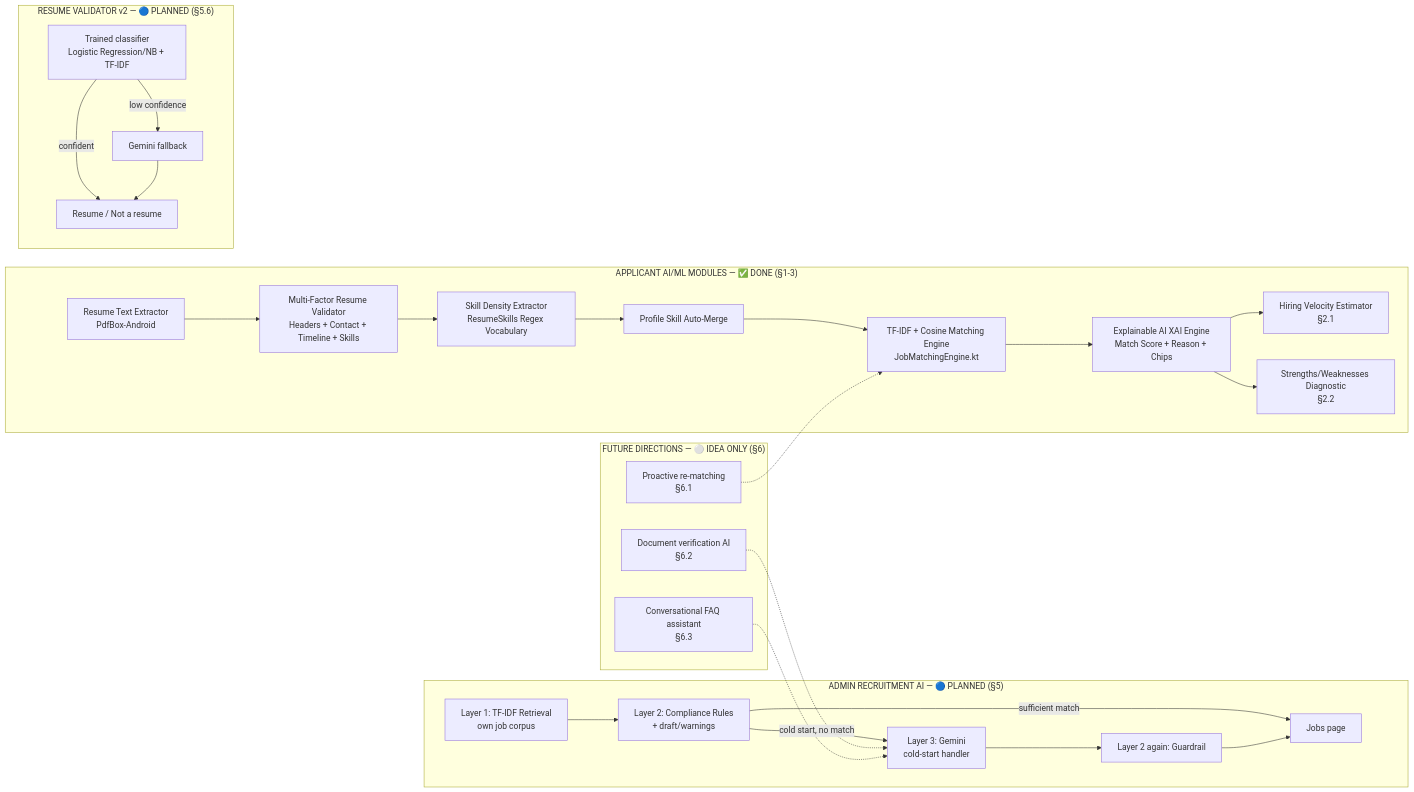
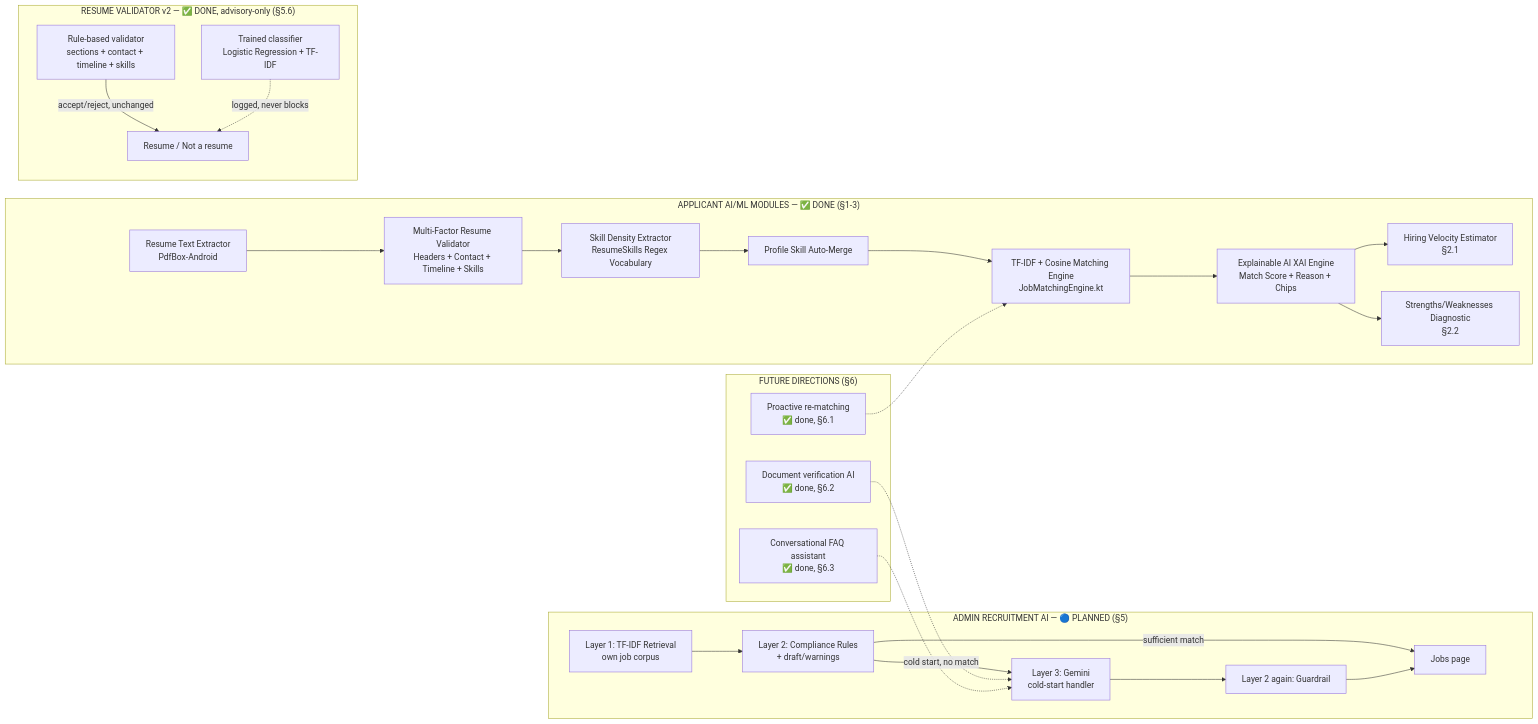
The first of 2 diagrams in CapstoneGuidePaper/AIplanning.md (Khenard-Alt/mrdiy-admin), drawn with Mermaid before and after one commit. The commit also changed other lines of this file and 13 other files, not shown here.

Commit message:
feat: add proactive re-matching, document verification AI, and FAQ assistant

````diff
--- a/CapstoneGuidePaper/AIplanning.md
+++ b/CapstoneGuidePaper/AIplanning.md
@@ -11,31 +11,30 @@
 ```mermaid
 graph LR
     subgraph "APPLICANT AI/ML MODULES — ✅ DONE (§1-3)"
         A[Resume Text Extractor<br/>PdfBox-Android] --> B[Multi-Factor Resume Validator<br/>Headers + Contact + Timeline + Skills]
         B --> C[Skill Density Extractor<br/>ResumeSkills Regex Vocabulary]
         C --> D[Profile Skill Auto-Merge]
         D --> E[TF-IDF + Cosine Matching Engine<br/>JobMatchingEngine.kt]
         E --> F[Explainable AI XAI Engine<br/>Match Score + Reason + Chips]
         F --> Z[Hiring Velocity Estimator<br/>§2.1]
         F --> Z2[Strengths/Weaknesses Diagnostic<br/>§2.2]
     end
 
     subgraph "ADMIN RECRUITMENT AI — 🔵 PLANNED (§5)"
         G[Layer 1: TF-IDF Retrieval<br/>own job corpus] --> H[Layer 2: Compliance Rules<br/>+ draft/warnings]
         H -->|cold start, no match| GM[Layer 3: Gemini<br/>cold-start handler]
         H -->|sufficient match| PUB[Jobs page]
         GM --> H2[Layer 2 again: Guardrail] --> PUB
     end
 
-    subgraph "RESUME VALIDATOR v2 — 🔵 PLANNED (§5.6)"
-        RV[Trained classifier<br/>Logistic Regression/NB + TF-IDF] -->|low confidence| RVG[Gemini fallback]
-        RV -->|confident| RVR[Resume / Not a resume]
-        RVG --> RVR
+    subgraph "RESUME VALIDATOR v2 — ✅ DONE, advisory-only (§5.6)"
+        RVR2[Rule-based validator<br/>sections + contact + timeline + skills] -->|accept/reject, unchanged| RVOUT[Resume / Not a resume]
+        RV[Trained classifier<br/>Logistic Regression + TF-IDF] -.->|logged, never blocks| RVOUT
     end
 
-    subgraph "FUTURE DIRECTIONS — ⚪ IDEA ONLY (§6)"
-        PM[Proactive re-matching<br/>§6.1] -.-> E
-        DV[Document verification AI<br/>§6.2] -.-> GM
-        FAQ[Conversational FAQ assistant<br/>§6.3] -.-> GM
+    subgraph "FUTURE DIRECTIONS (§6)"
+        PM[Proactive re-matching<br/>✅ done, §6.1] -.-> E
+        DV[Document verification AI<br/>✅ done, §6.2] -.-> GM
+        FAQ[Conversational FAQ assistant<br/>✅ done, §6.3] -.-> GM
     end
 ```
````
